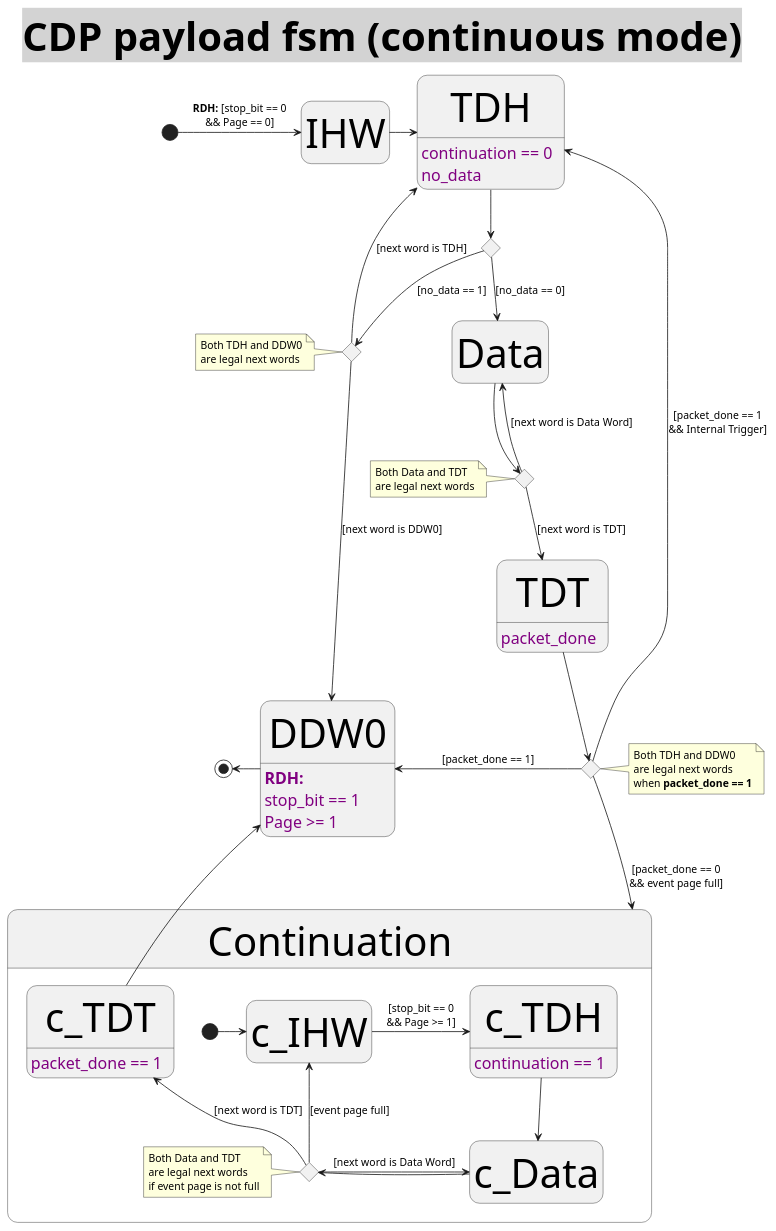
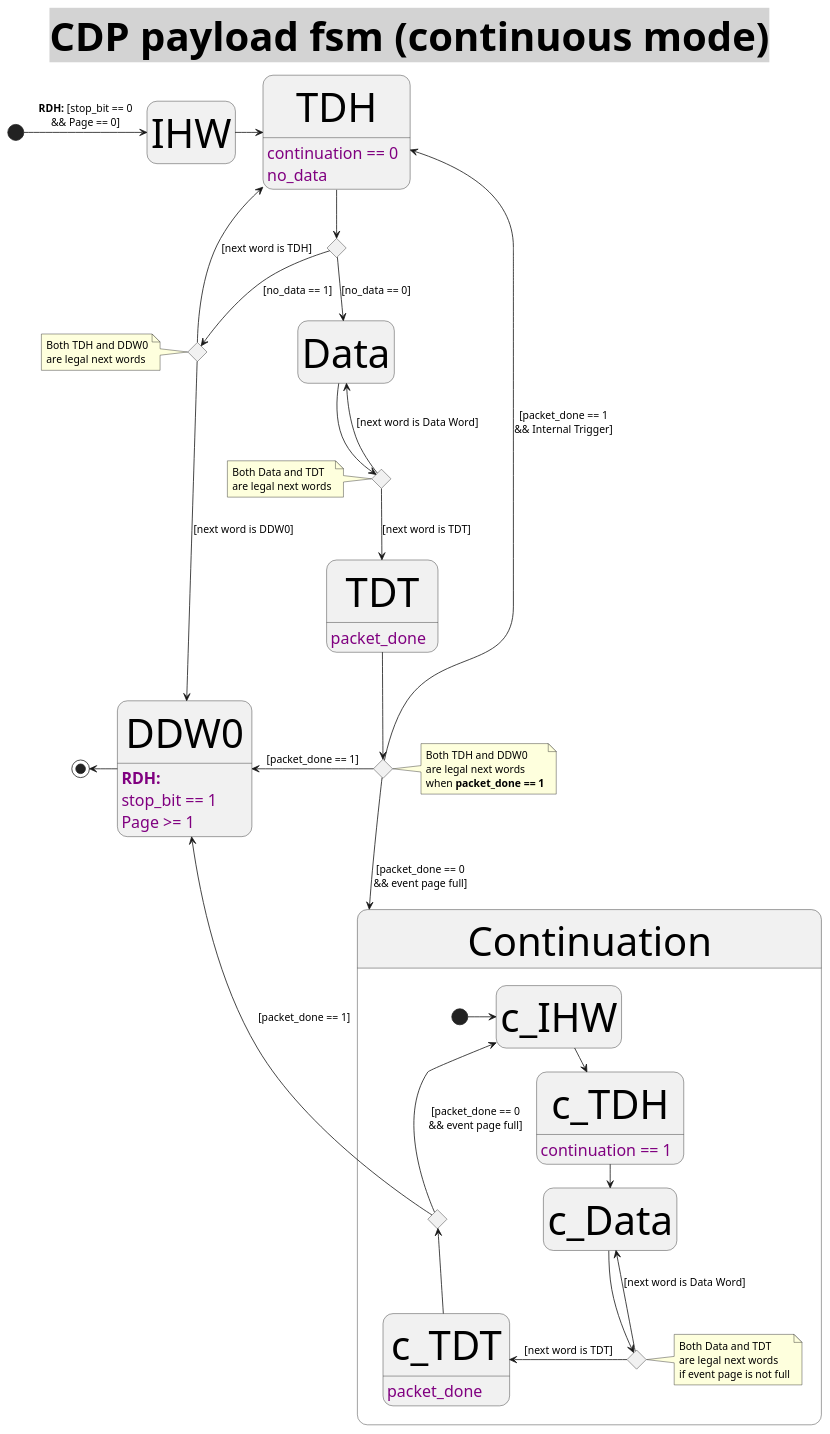
The diagram in doc/cdp_payload_fsm.puml (CramBL/fastPASTA), drawn with PlantUML before and after one commit.

Commit message:
add transition for continuation state across CDPs

```diff
--- a/doc/cdp_payload_fsm.puml
+++ b/doc/cdp_payload_fsm.puml
@@ -1,97 +1,101 @@
 @startuml CDP_payload_StateMachine (continuous mode)
 <style>
 title {
   HorizontalAlignment right
   FontSize 50
   BackGroundColor lightgrey
   Margin 1
   Padding 0
 }
 
 header {
   HorizontalAlignment center
   FontSize 20
   FontColor purple
 }
 
 footer {
   HorizontalAlignment left
   FontSize 28
   FontColor red
 }
 
 legend {
   FontSize 30
   BackGroundColor yellow
   Margin 30
   Padding 50
 }
 
 caption {
   FontSize 32
 }
 </style>
 Title **CDP payload fsm** (continuous mode)
 hide empty description
 
 state after_TDH <<choice>>
 state after_TDH_no_data <<choice>>
 state after_TDT <<choice>>
 state after_Data <<choice>>
 
 
 [*] -> IHW : **RDH:** [stop_bit == 0\n&& Page == 0]
 
 IHW -> TDH
 
 TDH -down-> after_TDH
 TDH: continuation == 0
 TDH: no_data
 
 after_TDH --> Data : [no_data == 0]
 after_TDH --> after_TDH_no_data : [no_data == 1]
 
 note left of after_TDH_no_data : Both TDH and DDW0\nare legal next words
 
 after_TDH_no_data -left-> TDH : [next word is TDH]
 after_TDH_no_data --> DDW0 : [next word is DDW0]
 
 
 Data --> after_Data
 
 note left of after_Data : Both Data and TDT\nare legal next words
 
 after_Data -left-> Data : [next word is Data Word]
 after_Data --> TDT : [next word is TDT]
 TDT: packet_done
 
 TDT --> after_TDT
 after_TDT -up-> TDH : [packet_done == 1\n&& Internal Trigger]
 after_TDT --> Continuation : [packet_done == 0\n&& event page full]
 after_TDT -left-> DDW0 : [packet_done == 1]
 note right of after_TDT : Both TDH and DDW0\nare legal next words\nwhen **packet_done == 1**
 
 
 state Continuation {
   state after_c_Data <<choice>>
-    [*] -> c_IHW
-    c_IHW -> c_TDH : [stop_bit == 0\n&& Page >= 1]
+  state after_c_TDT <<choice>>
+    [*] -right-> c_IHW
+    c_IHW -right-> c_TDH : [stop_bit == 0\n&& Page >= 1]
     c_TDH: continuation == 1
-    c_TDH --> c_Data
-    c_Data -left-> after_c_Data
+    c_TDH -right-> c_Data
+    c_Data --> after_c_Data
 
-    after_c_Data -right-> c_Data : [next word is Data Word]
-    after_c_Data -up-> c_TDT : [next word is TDT]
-    after_c_Data -up-> c_IHW : [event page full]
-    c_TDT: packet_done == 1
-    c_TDT -left-> DDW0
+    after_c_Data -up-> c_Data : [next word is Data Word]
+    after_c_Data -left-> c_TDT : [next word is TDT]
 
-    note left of after_c_Data : Both Data and TDT\nare legal next words\nif event page is not full
+    c_TDT: packet_done
+    c_TDT -up-> after_c_TDT
+
+    after_c_TDT -up-> c_IHW : [packet_done == 0\n&& event page full]
+    after_c_TDT -left-> DDW0 : [packet_done == 1]
+
+    note right of after_c_Data : Both Data and TDT\nare legal next words\nif event page is not full
 }
 
 
 
 DDW0 -left-> [*]
 DDW0: **RDH:**\nstop_bit == 1\nPage >= 1
 
 @enduml
```
